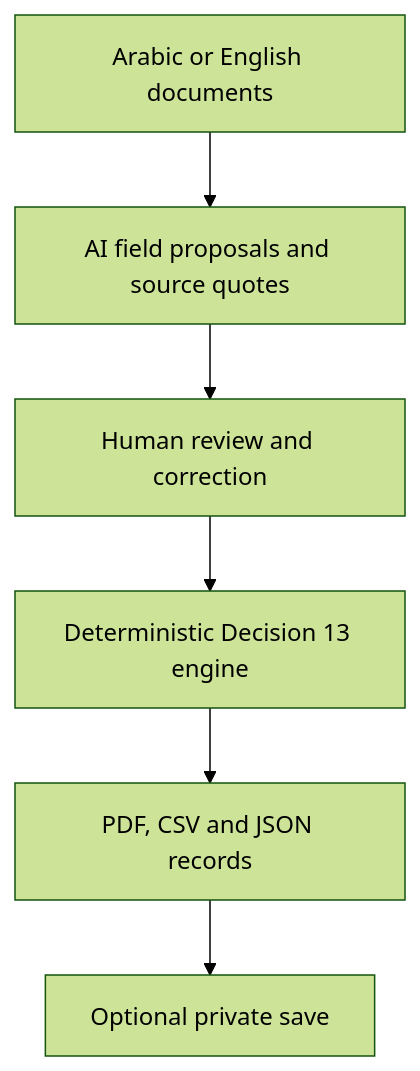
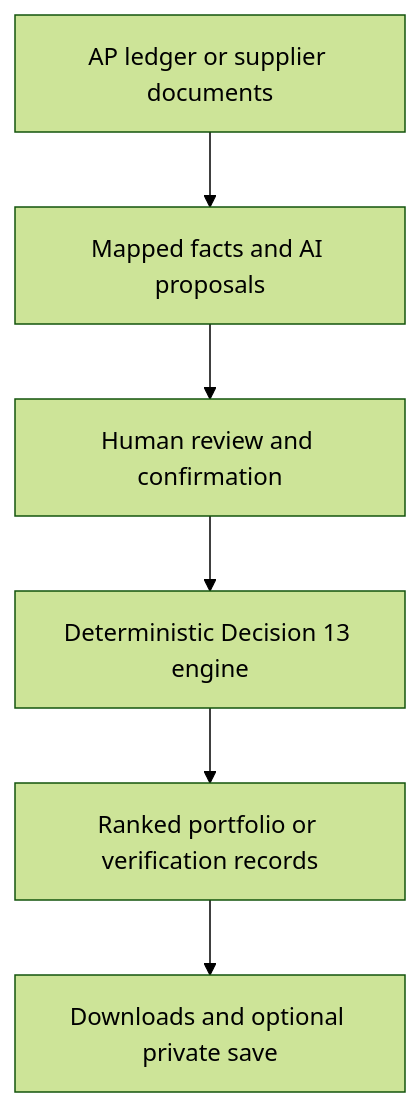
The diagram in README.md (Chezhira/fta13-uae-input-tax-verification), drawn with Mermaid (forest theme) before and after one commit. The commit also changed other lines of this file and 10 other files, not shown here.

````diff
--- a/README.md
+++ b/README.md
@@ -52,8 +61,8 @@
 ```mermaid
 flowchart TD
-    A["Arabic or English documents"] --> B["AI field proposals and source quotes"]
-    B --> C["Human review and correction"]
+    A["AP ledger or supplier documents"] --> B["Mapped facts and AI proposals"]
+    B --> C["Human review and confirmation"]
     C --> D["Deterministic Decision 13 engine"]
-    D --> E["PDF, CSV and JSON records"]
-    E --> F["Optional private save"]
+    D --> E["Ranked portfolio or verification records"]
+    E --> F["Downloads and optional private save"]
 ```
````
